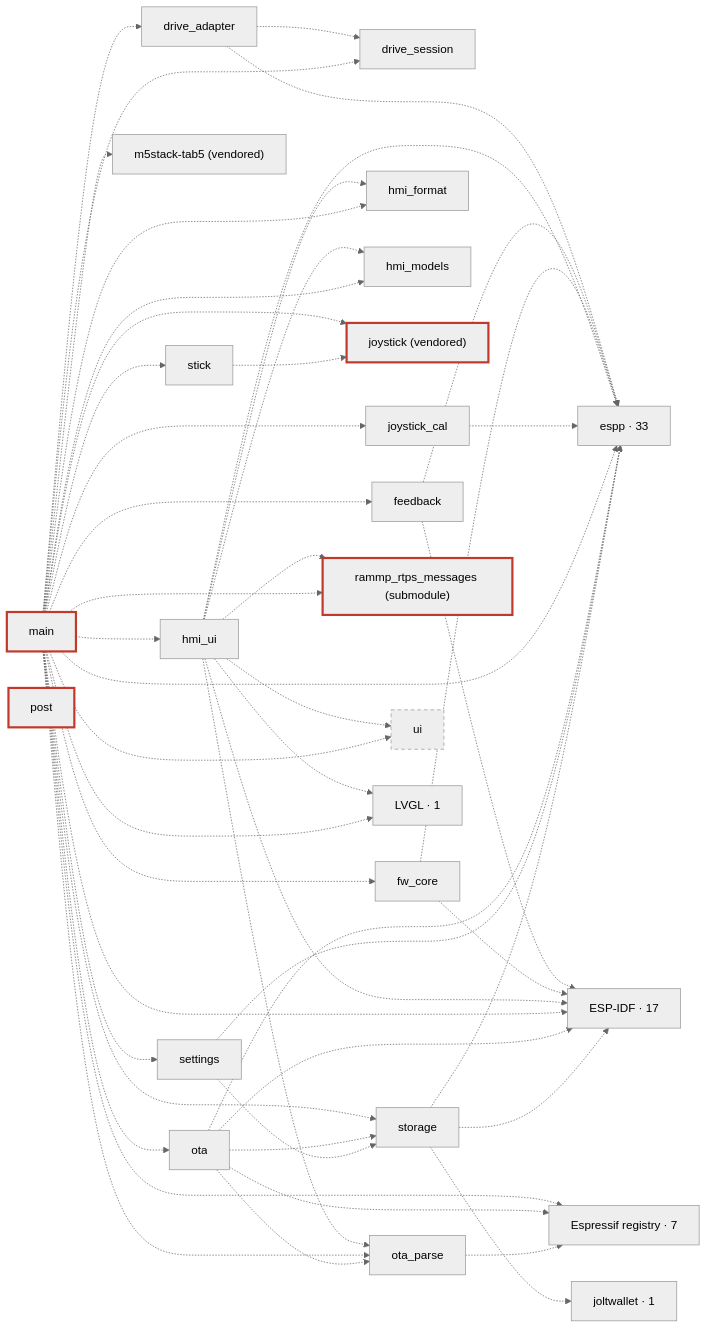
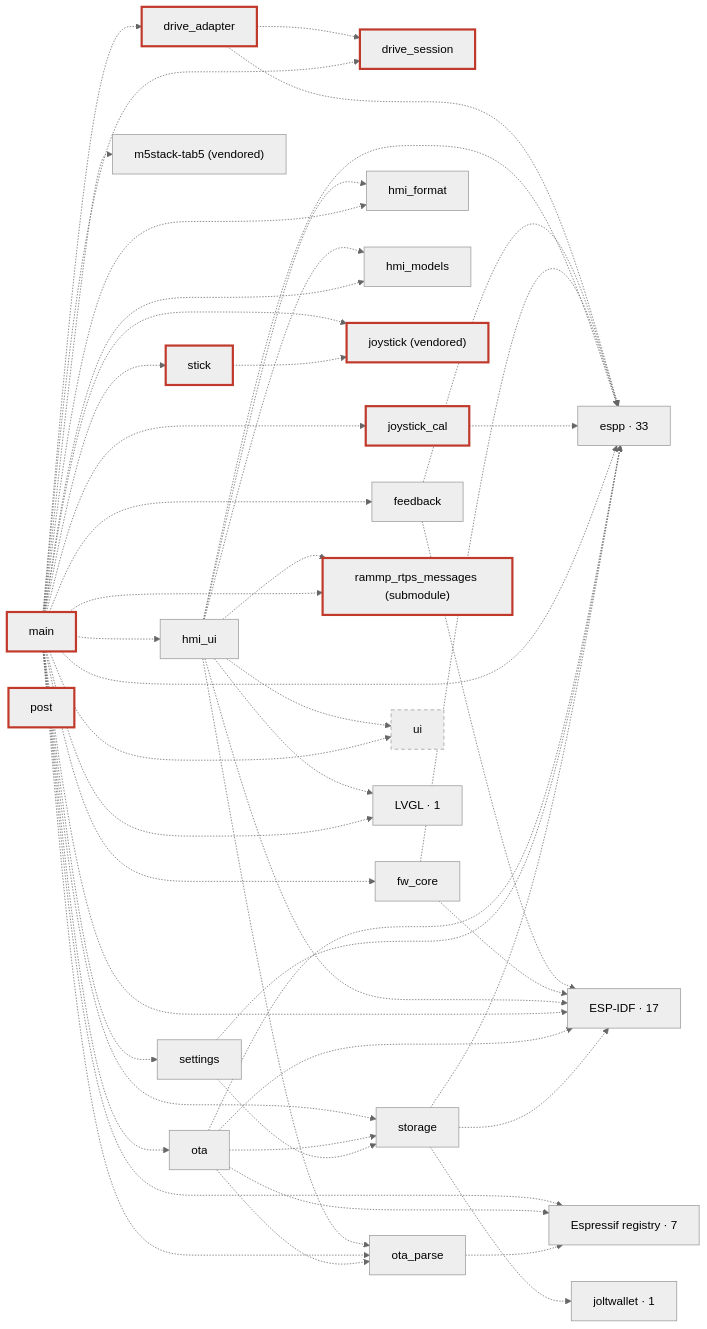
The third of 3 diagrams in docs/architecture.md (rammp-org/pace-hmi-fw), drawn with Mermaid (neutral theme) before and after one commit.

Commit message:
architecture.md: regenerate D3 with the safety marks the profile table now carries
The profile's component table gained drive_adapter, drive_session, joystick_cal and stick as
safety-relevant; gen_diagrams reads the marks from it. Generated by the tool, not by hand.

````diff
--- a/docs/architecture.md
+++ b/docs/architecture.md
@@ -163,78 +163,78 @@
 ```mermaid
 flowchart LR
-  c_drive_adapter["drive_adapter"]
-  c_drive_session["drive_session"]
+  c_drive_adapter["drive_adapter"]:::safety
+  c_drive_session["drive_session"]:::safety
   c_feedback["feedback"]
   c_fw_core["fw_core"]
   c_hmi_format["hmi_format"]
   c_hmi_models["hmi_models"]
   c_hmi_ui["hmi_ui"]
   c_joystick["joystick (vendored)"]:::safety
-  c_joystick_cal["joystick_cal"]
+  c_joystick_cal["joystick_cal"]:::safety
   c_m5stack_tab5["m5stack-tab5 (vendored)"]
   c_main["main"]:::safety
   c_ota["ota"]
   c_ota_parse["ota_parse"]
   c_post["post"]:::safety
   c_rammp_rtps_messages["rammp_rtps_messages (submodule)"]:::safety
   c_settings["settings"]
-  c_stick["stick"]
+  c_stick["stick"]:::safety
   c_storage["storage"]
   c_ui["ui"]:::gen
   g_ESP_IDF["ESP-IDF · 17"]
   g_espp["espp · 33"]
   g_Espressif_registry["Espressif registry · 7"]
   g_joltwallet["joltwallet · 1"]
   g_LVGL["LVGL · 1"]
   c_drive_adapter -.-> c_drive_session
   c_drive_adapter -.-> g_espp
   c_feedback -.-> g_ESP_IDF
   c_feedback -.-> g_espp
   c_fw_core -.-> g_ESP_IDF
   c_fw_core -.-> g_espp
   c_hmi_ui -.-> c_hmi_format
   c_hmi_ui -.-> c_hmi_models
   c_hmi_ui -.-> c_ota_parse
   c_hmi_ui -.-> c_rammp_rtps_messages
   c_hmi_ui -.-> c_ui
   c_hmi_ui -.-> g_ESP_IDF
   c_hmi_ui -.-> g_espp
   c_hmi_ui -.-> g_LVGL
   c_joystick_cal -.-> g_espp
   c_main -.-> c_drive_adapter
   c_main -.-> c_drive_session
   c_main -.-> c_feedback
   c_main -.-> c_fw_core
   c_main -.-> c_hmi_format
   c_main -.-> c_hmi_models
   c_main -.-> c_hmi_ui
   c_main -.-> c_joystick
   c_main -.-> c_joystick_cal
   c_main -.-> c_m5stack_tab5
   c_main -.-> c_ota
   c_main -.-> c_ota_parse
   c_main -.-> c_rammp_rtps_messages
   c_main -.-> c_settings
   c_main -.-> c_stick
   c_main -.-> c_storage
   c_main -.-> c_ui
   c_main -.-> g_ESP_IDF
   c_main -.-> g_espp
   c_main -.-> g_Espressif_registry
   c_main -.-> g_LVGL
   c_ota -.-> c_ota_parse
   c_ota -.-> c_storage
   c_ota -.-> g_ESP_IDF
   c_ota -.-> g_espp
   c_ota -.-> g_Espressif_registry
   c_ota_parse -.-> g_Espressif_registry
   c_settings -.-> c_storage
   c_settings -.-> g_espp
   c_stick -.-> c_joystick
   c_storage -.-> g_ESP_IDF
   c_storage -.-> g_espp
   c_storage -.-> g_joltwallet
   classDef hw fill:#d9dde3,stroke:#7a8590,color:#111
   classDef safety stroke:#c0392b,stroke-width:3px
   classDef gen stroke-dasharray:5 4
 ```
````
